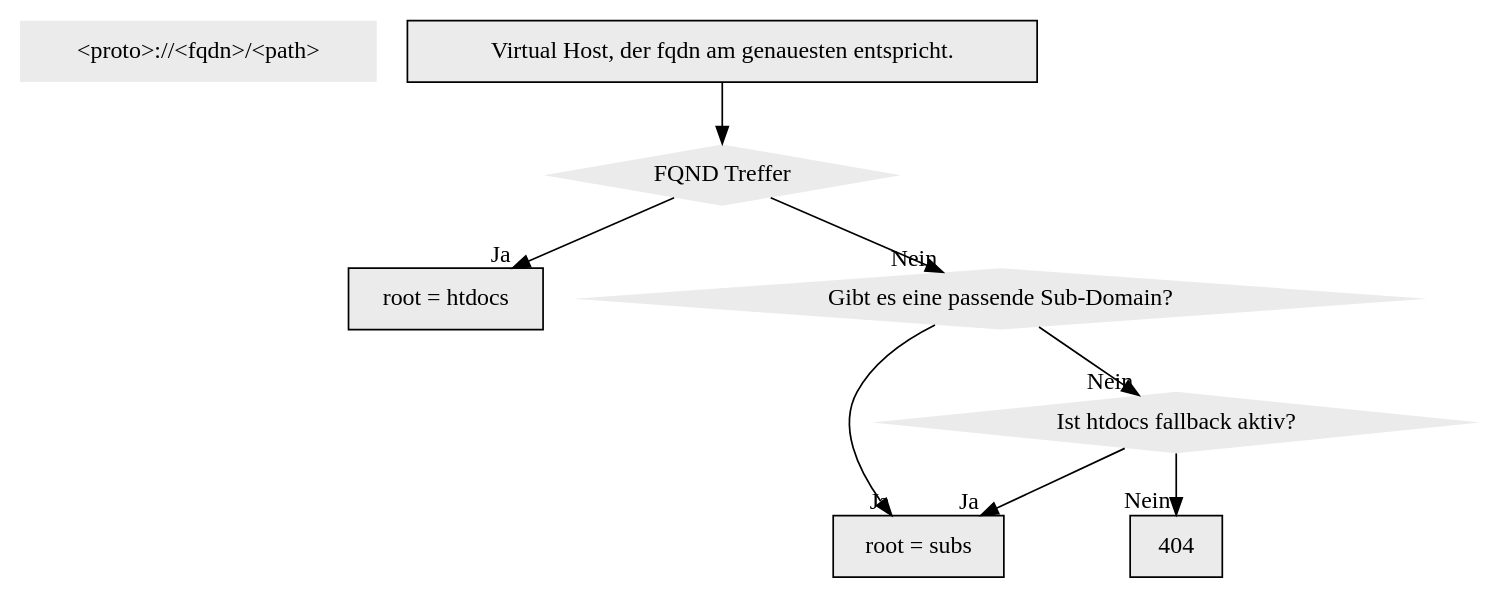
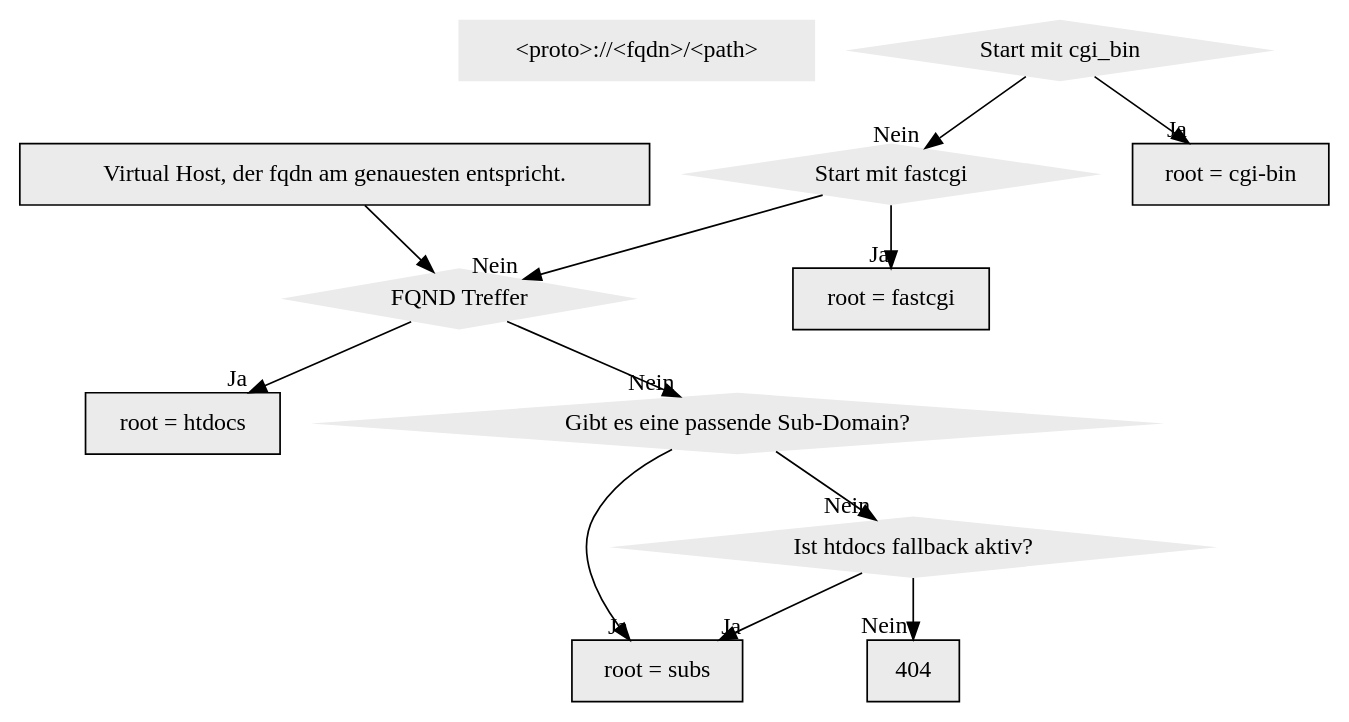
The diagram in source/administration/domain/filemap-ohne-ssl.dot (hostsharing/hs.docs.users), drawn with Graphviz before and after one commit. The commit also changed other lines of this file, not shown here.

Commit message:
test syntax

```diff
--- a/source/administration/domain/filemap-ohne-ssl.dot
+++ b/source/administration/domain/filemap-ohne-ssl.dot
@@ -1,22 +1,30 @@
 digraph d  { 
 	node [peripheries=0, style=filled, fillcolor="grey92", font=Helvetica, fontcolor=black]
 
 	enquire_information [shape=box, label="<proto>://<fqdn>/<path>" ]
 
 
     vh_check_fqdn [shape=record, label="Virtual Host, der fqdn am genauesten entspricht."]
+	path_cgi_bin [shape=diamond, label="Start mit cgi_bin"]
+	path_fastcgi [shape=diamond, label="Start mit fastcgi"]
+	root_cgi_bin [shape=record, label="root = cgi-bin"]
+	root_fastcgi [shape=record, label="root = fastcgi"]
 	fqdn_matches [shape=diamond, label="FQND Treffer"]
 	root_htdocs_ok [shape=record, label="root = htdocs"]
 	root_search_in_subs [shape=diamond, label="Gibt es eine passende Sub-Domain?"]
     root_subs_ok [shape=record, label="root = subs"]
 	htdocsfallback_subs [shape=diamond, label="Ist htdocs fallback aktiv?" ]
 	404 [shape=record, label="404"] 
         
 	vh_check_fqdn -> fqdn_matches
+	path_cgi_bin -> root_cgi_bin [headlabel="Ja"]
+    path_cgi_bin -> path_fastcgi [headlabel="Nein"]   
+	path_fastcgi -> root_fastcgi [headlabel="Ja"]
+	path_fastcgi -> fqdn_matches [headlabel="Nein"] 
 	fqdn_matches -> root_htdocs_ok [headlabel="Ja"]
 	fqdn_matches -> root_search_in_subs [headlabel="Nein"]
 	root_search_in_subs -> root_subs_ok [headlabel="Ja"]
 	root_search_in_subs -> htdocsfallback_subs [headlabel="Nein"]
 	htdocsfallback_subs -> root_subs_ok [headlabel="Ja"]
 	htdocsfallback_subs -> 404 [headlabel="Nein"]
 }
```
